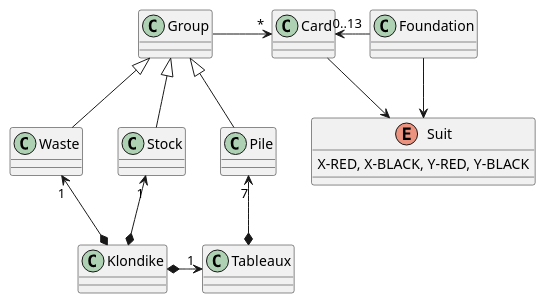
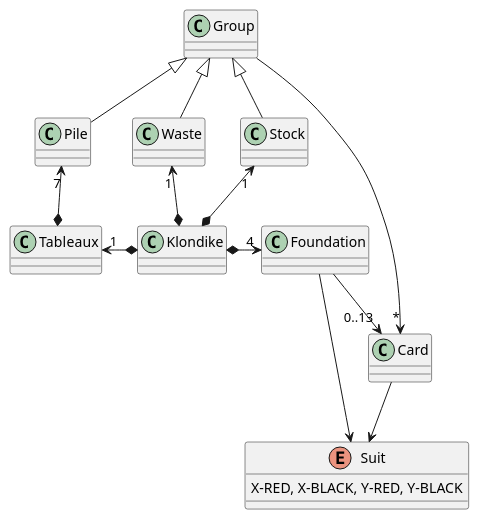
Before and after one commit to ciscoruiz/klondike: the diagram in domainModel/entities.puml, drawn with PlantUML. The commit also changed 10 other files, not shown here.

Commit message:
Create activity diagrams for all Use Cases

```diff
--- a/domainModel/entities.puml
+++ b/domainModel/entities.puml
@@ -1,23 +1,23 @@
 @startuml
 class Card
 
 enum Suit {
  X-RED, X-BLACK, Y-RED, Y-BLACK
 }
 
 Card --> Suit
 
 Group -> "*" Card
 Group <|-down- Pile
 Group <|-down- Stock
 Group <|-down- Waste
 
-Klondike *-> "1" Tableaux
+Tableaux *-up-> "7" Pile
 Klondike *-up-> "1" Stock
 Klondike *-up-> "1" Waste
-
-Tableaux*-up-> "7" Pile
+Klondike *-left-> "1" Tableaux
+Klondike *-> "4" Foundation
 
 Foundation --> Suit
-Foundation -left--> "0..13" Card
+Foundation --> "0..13" Card
 @enduml
```
